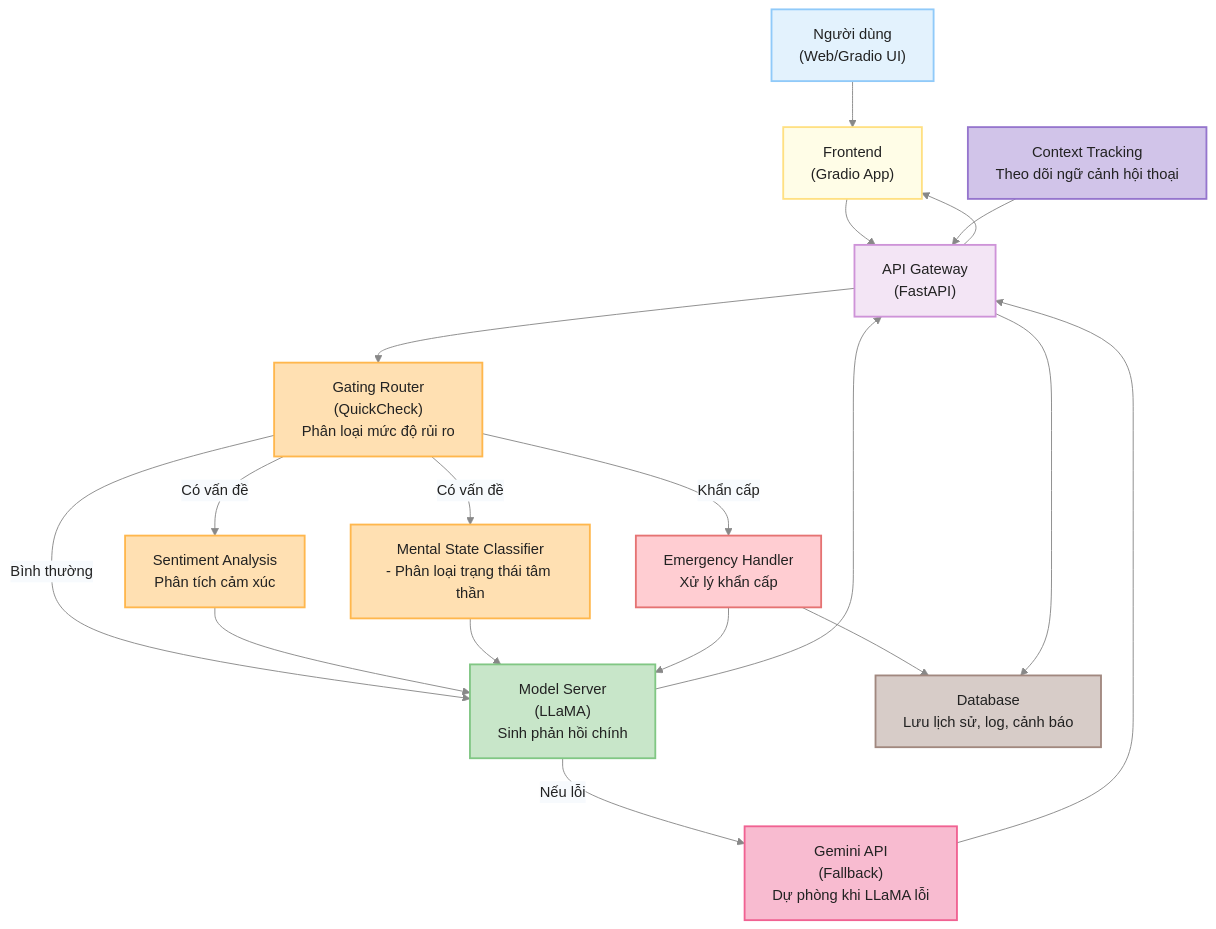
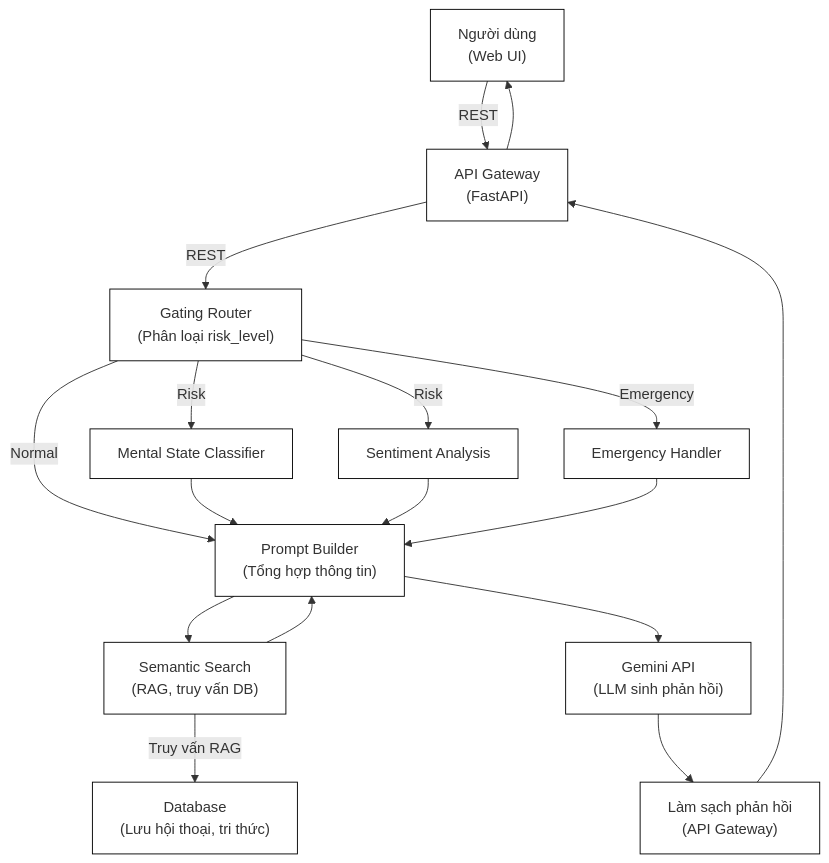
Before and after one commit to VuHa123/DoAnTotNghiep: the diagram in README.md, drawn with Mermaid. The commit also changed other lines of this file, not shown here.

Commit message:
update instruction

````diff
--- a/README.md
+++ b/README.md
@@ -12,46 +12,47 @@
 ```mermaid
-%%{init: { 'theme': 'base', 'themeVariables': { 'background': '#f7fafd', 'fontFamily': 'Inter, Arial', 'fontSize': '16px', 'fontWeight': 'bold', 'primaryTextColor': '#222', 'nodeTextColor': '#222', 'lineColor': '#888', 'edgeLabelBackground':'#f7fafd' } } }%%
 flowchart TD
-    User["Người dùng<br/>(Web/Gradio UI)"]
-    Frontend["Frontend<br/>(Gradio App)"]
+    User["Người dùng<br/>(Web UI)"]
     APIGW["API Gateway<br/>(FastAPI)"]
-    Gating["Gating Router<br/>(QuickCheck)<br/>Phân loại mức độ rủi ro"]
-    Sentiment["Sentiment Analysis<br/>Phân tích cảm xúc"]
-    Mental["Mental State Classifier<br/>- Phân loại trạng thái tâm thần"]
-    Emergency["Emergency Handler<br/>Xử lý khẩn cấp"]
-    ModelLLaMA["Model Server<br/>(LLaMA)<br/>Sinh phản hồi chính"]
-    ModelGemini["Gemini API<br/>(Fallback)<br/>Dự phòng khi LLaMA lỗi"]
-    DB["Database<br/>Lưu lịch sử, log, cảnh báo"]
-    Context["Context Tracking<br/>Theo dõi ngữ cảnh hội thoại"]
+    Gating["Gating Router<br/>(Phân loại risk_level)"]
+    Mental["Mental State Classifier"]
+    Sentiment["Sentiment Analysis"]
+    Emergency["Emergency Handler"]
+    Semantic["Semantic Search<br/>(RAG, truy vấn DB)"]
+    DB["Database<br/>(Lưu hội thoại, tri thức)"]
+    Prompt["Prompt Builder<br/>(Tổng hợp thông tin)"]
+    Gemini["Gemini API<br/>(LLM sinh phản hồi)"]
+    Clean["Làm sạch phản hồi<br/>(API Gateway)"]
 
+    User -->|REST| APIGW
+    APIGW -->|REST| Gating
 
-    User --> Frontend
-    Frontend --> APIGW
-    APIGW --> Gating
-    Gating -- "Bình thường" --> ModelLLaMA
-    Gating -- "Có vấn đề" --> Sentiment
-    Gating -- "Có vấn đề" --> Mental
-    Gating -- "Khẩn cấp" --> Emergency
-    Sentiment --> ModelLLaMA
-    Mental --> ModelLLaMA
-    Emergency --> ModelLLaMA
-    Emergency --> DB
-    ModelLLaMA -- "Nếu lỗi" --> ModelGemini
-    ModelLLaMA --> APIGW
-    ModelGemini --> APIGW
-    APIGW --> DB
-    Context --> APIGW
-    APIGW --> Frontend
-    %% Style
-    style User fill:#e3f2fd,stroke:#90caf9,stroke-width:2px,color:#222
-    style Frontend fill:#fffde7,stroke:#ffe082,stroke-width:2px,color:#222
-    style APIGW fill:#f3e5f5,stroke:#ce93d8,stroke-width:2px,color:#222
-    style Gating fill:#ffe0b2,stroke:#ffb74d,stroke-width:2px,color:#222
-    style Sentiment fill:#ffe0b2,stroke:#ffb74d,stroke-width:2px,color:#222
-    style Mental fill:#ffe0b2,stroke:#ffb74d,stroke-width:2px,color:#222
-    style Emergency fill:#ffcdd2,stroke:#e57373,stroke-width:2px,color:#222
-    style ModelLLaMA fill:#c8e6c9,stroke:#81c784,stroke-width:2px,color:#222
-    style ModelGemini fill:#f8bbd0,stroke:#f06292,stroke-width:2px,color:#222
-    style DB fill:#d7ccc8,stroke:#a1887f,stroke-width:2px,color:#222
-    style Context fill:#d1c4e9,stroke:#9575cd,stroke-width:2px,color:#222
+    Gating -- "Normal" --> Prompt
+    Gating -- "Risk" --> Mental
+    Gating -- "Risk" --> Sentiment
+    Mental --> Prompt
+    Sentiment --> Prompt
+    Gating -- "Emergency" --> Emergency
+    Emergency --> Prompt
+
+    Prompt --> Semantic
+    Semantic -- "Truy vấn RAG" --> DB
+    Semantic --> Prompt
+
+    Prompt --> Gemini
+    Gemini --> Clean
+    Clean --> APIGW
+    APIGW --> User
+
+    %% Style với màu trắng và viền đen
+    style User fill:#ffffff,stroke:#000000,stroke-width:1px
+    style APIGW fill:#ffffff,stroke:#000000,stroke-width:1px
+    style Gating fill:#ffffff,stroke:#000000,stroke-width:1px
+    style Mental fill:#ffffff,stroke:#000000,stroke-width:1px
+    style Sentiment fill:#ffffff,stroke:#000000,stroke-width:1px
+    style Emergency fill:#ffffff,stroke:#000000,stroke-width:1px
+    style Semantic fill:#ffffff,stroke:#000000,stroke-width:1px
+    style DB fill:#ffffff,stroke:#000000,stroke-width:1px
+    style Prompt fill:#ffffff,stroke:#000000,stroke-width:1px
+    style Gemini fill:#ffffff,stroke:#000000,stroke-width:1px
+    style Clean fill:#ffffff,stroke:#000000,stroke-width:1px
 ```
````
